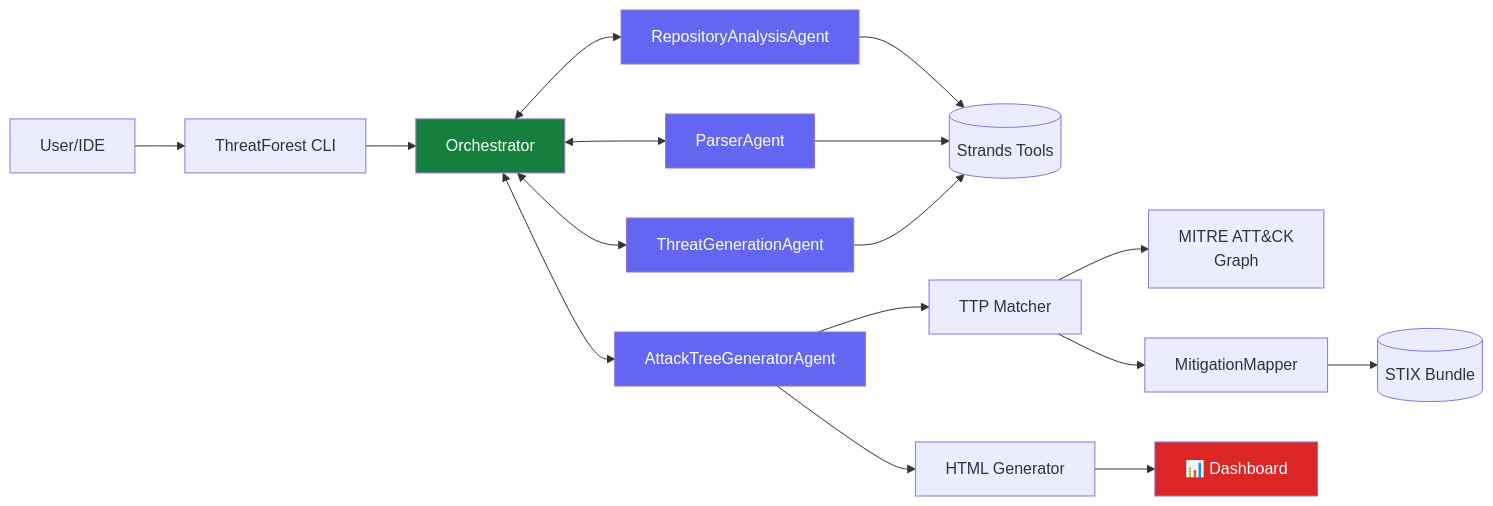
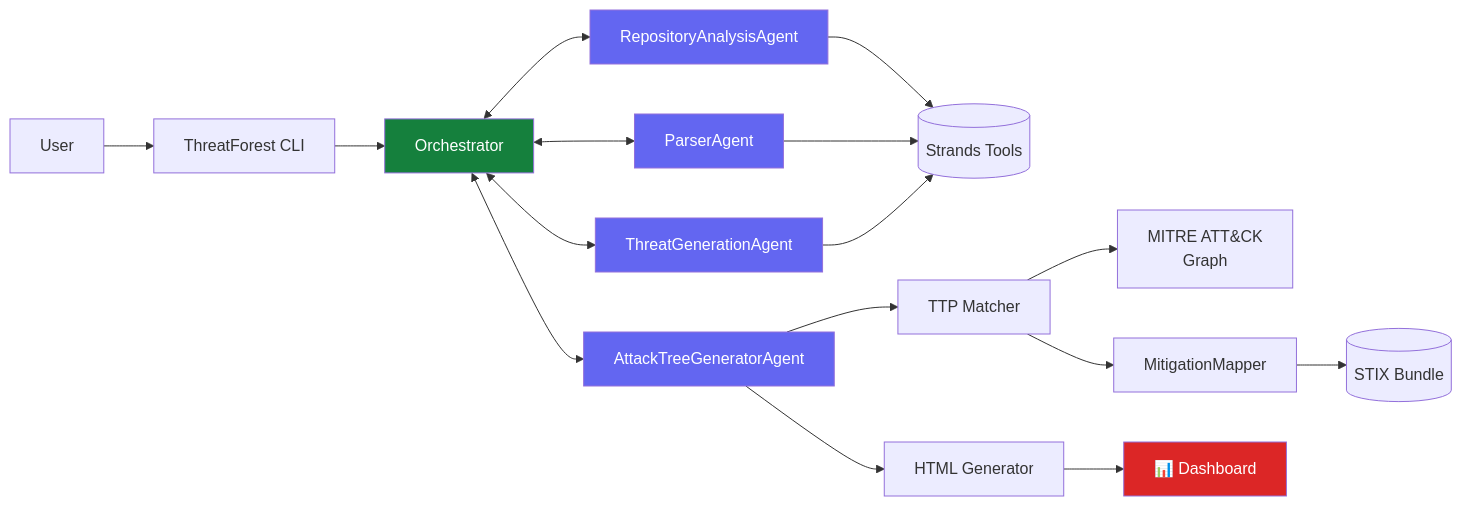
The diagram in docs/architecture/overview.md (aws-samples/sample-agentic-attack-tree-generator), drawn with Mermaid before and after one commit. The commit also changed other lines of this file and 2 other files, not shown here.

Commit message:
Remove IDE integration and Kiro references from documentation

````diff
--- a/docs/architecture/overview.md
+++ b/docs/architecture/overview.md
@@ -7,29 +7,29 @@
 ```mermaid
 graph LR
-    A[User/IDE] --> B[ThreatForest CLI]
+    A[User] --> B[ThreatForest CLI]
     B --> C[Orchestrator]
     C <--> D[RepositoryAnalysisAgent]
     C <--> E[ParserAgent]
     C <--> F[ThreatGenerationAgent]
     C <--> G[AttackTreeGeneratorAgent]
 
     D --> H[(Strands Tools)]
     E --> H
     F --> H
 
     G --> I[TTP Matcher]
     I --> J[MITRE ATT&CK<br/>Graph]
 
     I --> K[MitigationMapper]
     K --> L[(STIX Bundle)]
 
     G --> M[HTML Generator]
     M --> N[📊 Dashboard]
 
     style C fill:#15803d,color:#fff
     style D fill:#6366f1,color:#fff
     style E fill:#6366f1,color:#fff
     style F fill:#6366f1,color:#fff
     style G fill:#6366f1,color:#fff
     style N fill:#dc2626,color:#fff
 ```
````
